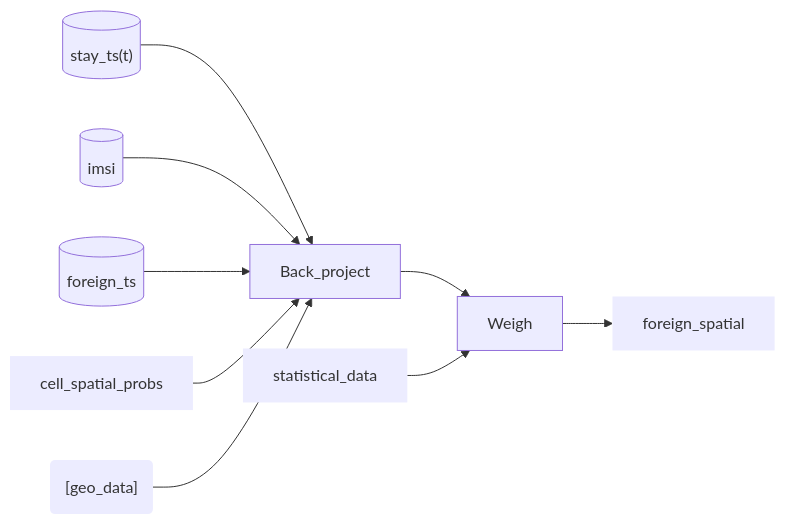
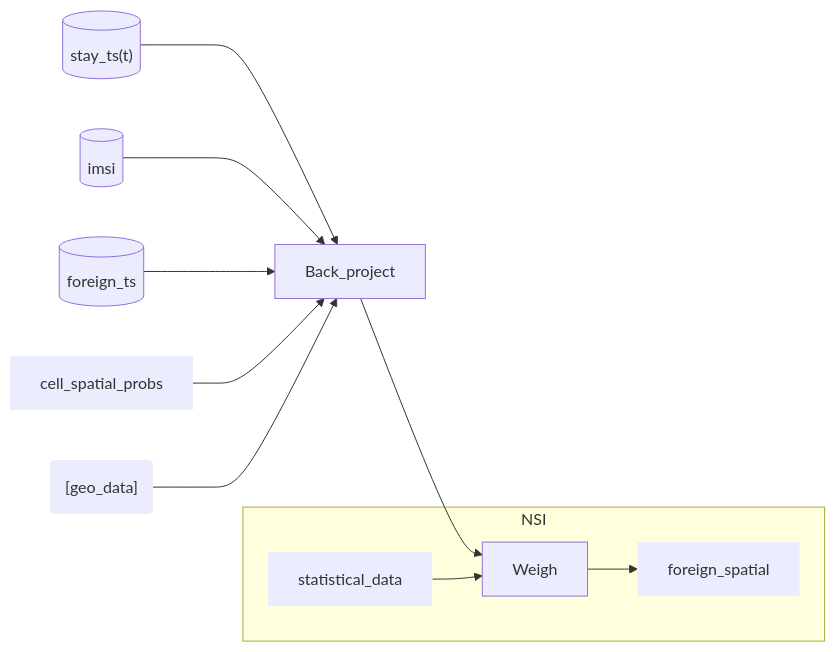
Before and after one commit to djvanderlaan/pipeline: diagram 12 of 12 in README.md, drawn with Mermaid.

````diff
--- a/README.md
+++ b/README.md
@@ -144,14 +144,18 @@
 ```mermaid
 flowchart LR
 
-stay_ts[("stay_ts(t)")] --> Back_project --> Weigh --> foreign_spatial:::data
+stay_ts[("stay_ts(t)")] --> Back_project --> Weigh 
 
 imsi[("imsi")] --> Back_project
 foreign_ts[("foreign_ts")] --> Back_project
 
 cell_spatial_probs:::data --> Back_project
 geo_data("[geo_data]"):::data --> Back_project
-statistical_data:::data --> Weigh
+
+subgraph NSI
+  Weigh --> foreign_spatial:::data
+  statistical_data:::data --> Weigh
+end
 
 classDef data stroke-width:0px
 ```
````
